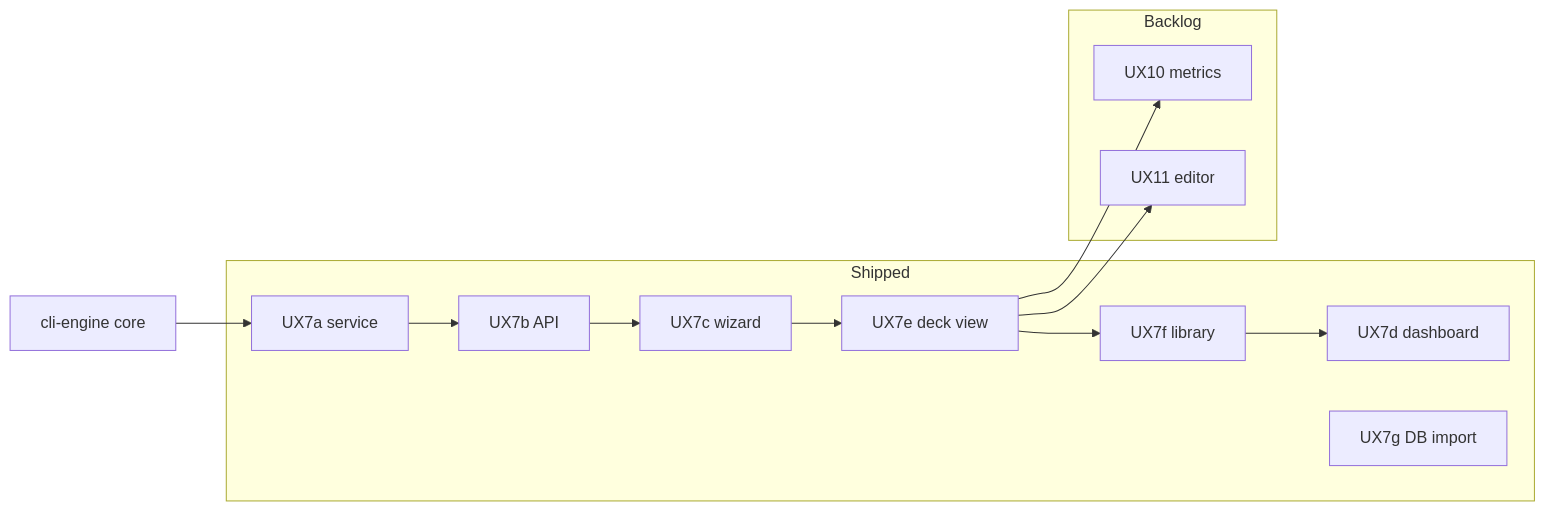
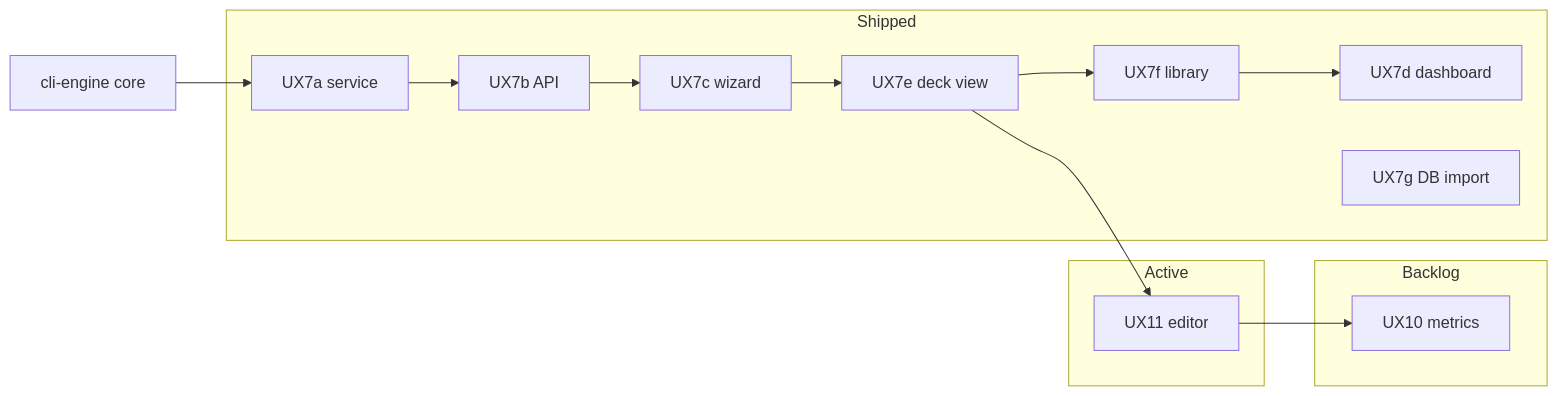
One commit to danielhood/mtg-deck-tools changed the diagram in docs/roadmap/active.md. Above: the diagram before and after it, drawn with Mermaid. The commit also changed other lines of this file and 16 other files, not shown here.

````diff
--- a/docs/roadmap/active.md
+++ b/docs/roadmap/active.md
@@ -51,28 +53,31 @@
 ```mermaid
 flowchart LR
   subgraph shipped["Shipped"]
     UX7a[UX7a service]
     UX7b[UX7b API]
     UX7c[UX7c wizard]
     UX7e[UX7e deck view]
     UX7f[UX7f library]
     UX7d[UX7d dashboard]
     UX7g[UX7g DB import]
   end
 
   subgraph backlog["Backlog"]
     UX10[UX10 metrics]
+  end
+
+  subgraph active["Active"]
     UX11[UX11 editor]
   end
 
   CORE[cli-engine core]
 
   CORE --> UX7a
   UX7a --> UX7b
   UX7b --> UX7c
   UX7c --> UX7e
   UX7e --> UX7f
   UX7f --> UX7d
-  UX7e --> UX10
   UX7e --> UX11
+  UX11 --> UX10
 ```
````
